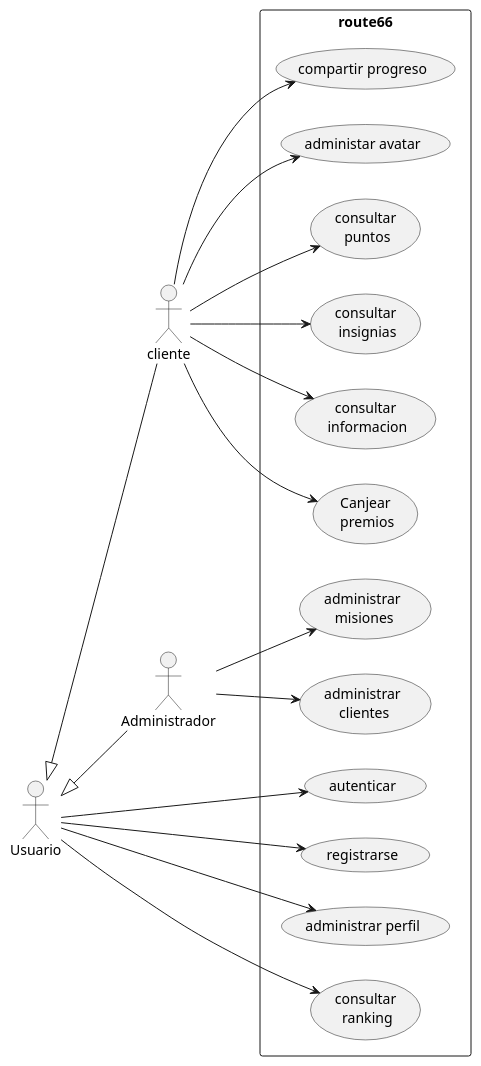
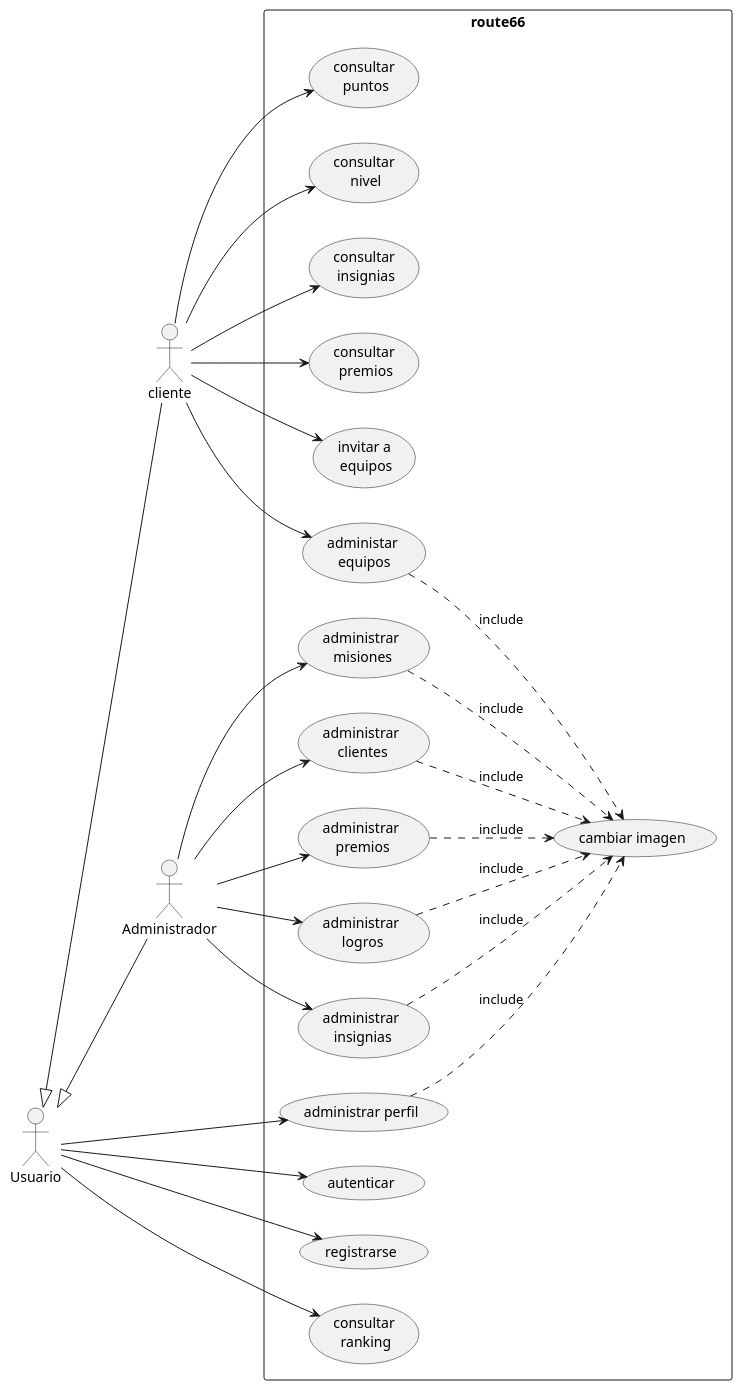
Before and after one commit to Cramer-0xbit/route66-plantuml: the diagram in usecases.wsd, drawn with PlantUML. The commit also changed 14 other files, not shown here.

```diff
--- a/usecases.wsd
+++ b/usecases.wsd
@@ -1,23 +1,40 @@
 @startuml use cases
 left to right direction
 :Usuario: as user
 :cliente: as client
 :Administrador: as admin
 user<|--client 
 user<|-- admin
 rectangle route66 {
+user --> (administrar perfil)
 user --> (autenticar)
 user --> (registrarse)
-user --> (administrar perfil)
 user-->(consultar\r ranking)
+
 admin -->(administrar\r misiones)
 admin -->(administrar\r clientes)
+admin -->(administrar\r premios)
+admin -->(administrar\r logros)
+admin -->(administrar\r insignias)
 
-client -->(compartir progreso)
-client --> (administar avatar)
+
 client--> (consultar\r puntos)
+client--> (consultar\r nivel)
 client --> (consultar\r insignias)
-client --> (consultar\r informacion)
-client --> (Canjear\r premios)
+client --> (consultar\r premios)
+client --> (invitar a\r equipos)
+client --> (administar\r equipos)
+
+
+
+(administar\r equipos) ..> (cambiar imagen): include
+(administrar perfil)..> (cambiar imagen): include
+(administrar\r misiones)..> (cambiar imagen): include
+(administrar\r clientes)..> (cambiar imagen): include
+(administrar\r premios)..> (cambiar imagen): include
+(administrar\r logros)..> (cambiar imagen): include
+(administrar\r insignias)..> (cambiar imagen): include
+
+
 }
 @enduml
```
